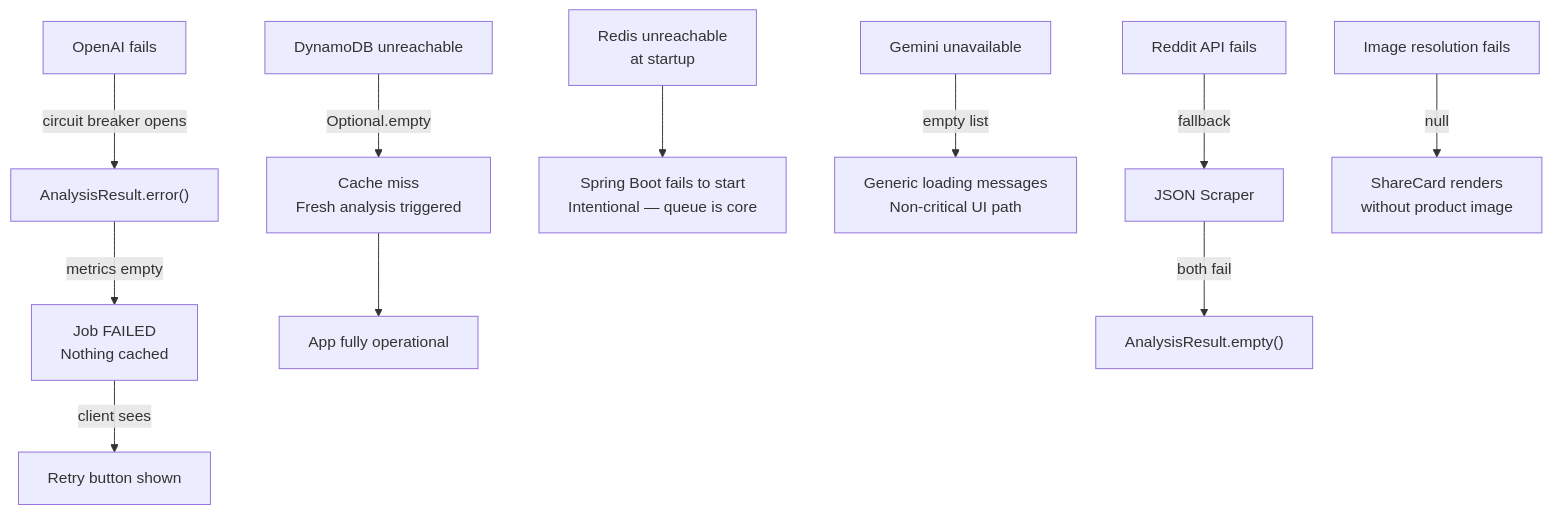
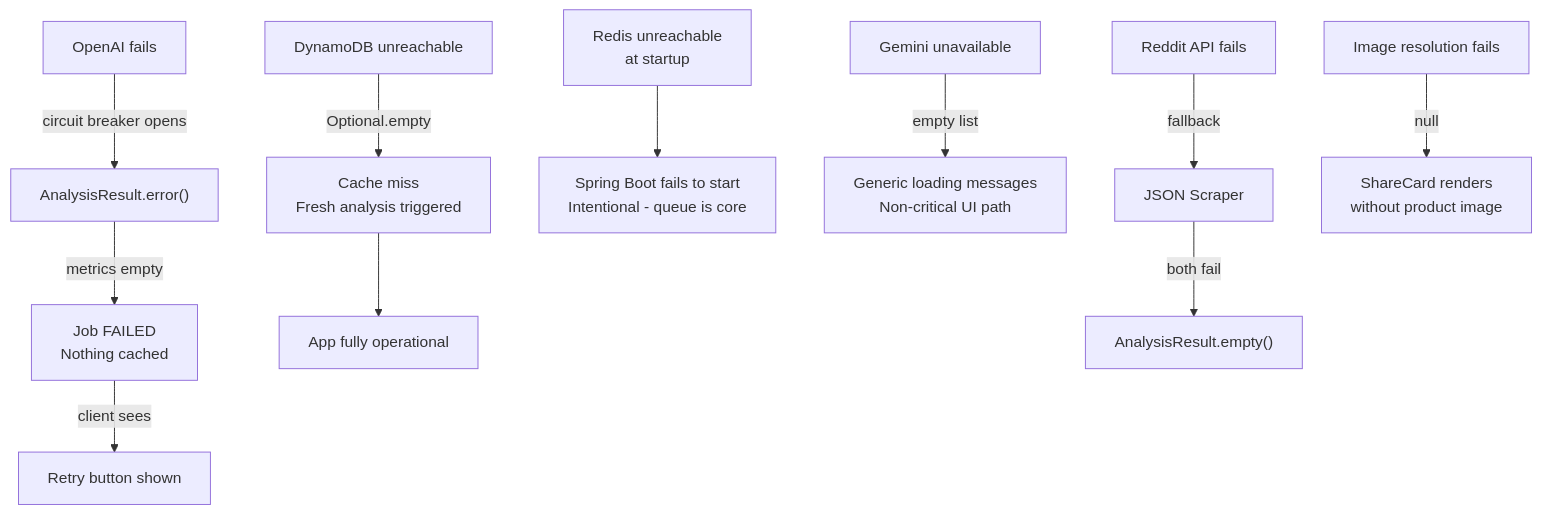
One commit to anubhavbagri/CrowdLens changed diagram 15 of 31 in architecture.md. Above: the diagram before and after it, drawn with Mermaid. The commit also changed other lines of this file and 1 other file, not shown here.

Commit message:
fix diagrams

````diff
--- a/architecture.md
+++ b/architecture.md
@@ -563,18 +565,18 @@
 ```mermaid
 flowchart TD
     OAI["OpenAI fails"] -->|circuit breaker opens| AE["AnalysisResult.error()"]
-    AE -->|metrics empty| FAIL["Job FAILED\nNothing cached"]
+    AE -->|metrics empty| FAIL["Job FAILED<br>Nothing cached"]
     FAIL -->|client sees| RETRY["Retry button shown"]
 
-    DDB["DynamoDB unreachable"] -->|Optional.empty| MISS["Cache miss\nFresh analysis triggered"]
+    DDB["DynamoDB unreachable"] -->|Optional.empty| MISS["Cache miss<br>Fresh analysis triggered"]
     MISS --> OK["App fully operational"]
 
-    REDIS["Redis unreachable\nat startup"] --> CRASH["Spring Boot fails to start\nIntentional — queue is core"]
+    REDIS["Redis unreachable<br>at startup"] --> CRASH["Spring Boot fails to start<br>Intentional - queue is core"]
 
-    GEM["Gemini unavailable"] -->|empty list| HINTS["Generic loading messages\nNon-critical UI path"]
+    GEM["Gemini unavailable"] -->|empty list| HINTS["Generic loading messages<br>Non-critical UI path"]
 
     REDDIT["Reddit API fails"] -->|fallback| SCRAPER["JSON Scraper"]
     SCRAPER -->|both fail| EMPTY["AnalysisResult.empty()"]
 
-    IMG["Image resolution fails"] -->|null| CARD["ShareCard renders\nwithout product image"]
+    IMG["Image resolution fails"] -->|null| CARD["ShareCard renders<br>without product image"]
 ```
````
